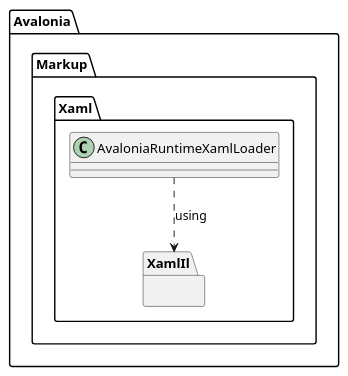
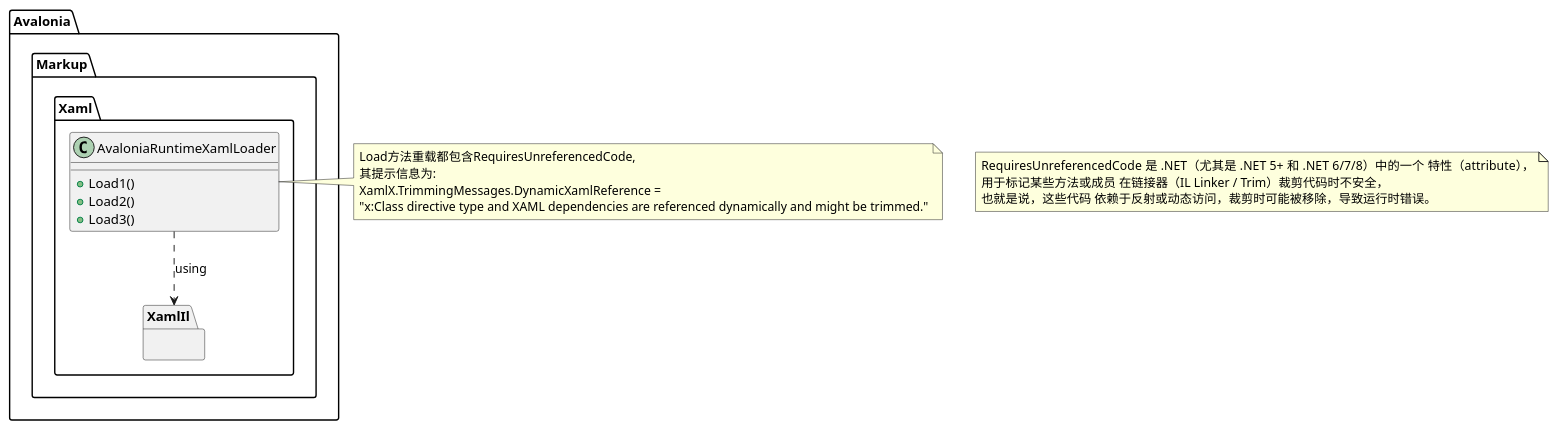
Before and after one commit to Bli-AIk/Notes: the diagram in Avalonia/AI_Generated_UML/markup.puml, drawn with PlantUML. The commit also changed 1 other file, not shown here.

Commit message:
feat: Update PlantUML diagram for AvaloniaRuntimeXamlLoader
- Add Load method overloads to AvaloniaRuntimeXamlLoader.
- Add notes explaining the RequiresUnreferencedCode attribute.
- Remove an unnecessary using statement.

```diff
--- a/Avalonia/AI_Generated_UML/markup.puml
+++ b/Avalonia/AI_Generated_UML/markup.puml
@@ -1,10 +1,27 @@
 @startuml
 namespace Avalonia.Markup.Xaml {
-    class AvaloniaRuntimeXamlLoader
+    class AvaloniaRuntimeXamlLoader {
+        + Load1()
+        + Load2()
+        + Load3()
+    }
 }
+
+note right of AvaloniaRuntimeXamlLoader
+  Load方法重载都包含RequiresUnreferencedCode,
+  其提示信息为:
+  XamlX.TrimmingMessages.DynamicXamlReference =
+  "x:Class directive type and XAML dependencies are referenced dynamically and might be trimmed."
+end note
+
+note as N1
+  RequiresUnreferencedCode 是 .NET（尤其是 .NET 5+ 和 .NET 6/7/8）中的一个 特性（attribute），
+  用于标记某些方法或成员 在链接器（IL Linker / Trim）裁剪代码时不安全，
+  也就是说，这些代码 依赖于反射或动态访问，裁剪时可能被移除，导致运行时错误。
+end note
 
 package Avalonia.Markup.Xaml.XamlIl {
 }
 
 Avalonia.Markup.Xaml.AvaloniaRuntimeXamlLoader ..> Avalonia.Markup.Xaml.XamlIl : using
 @enduml
```
